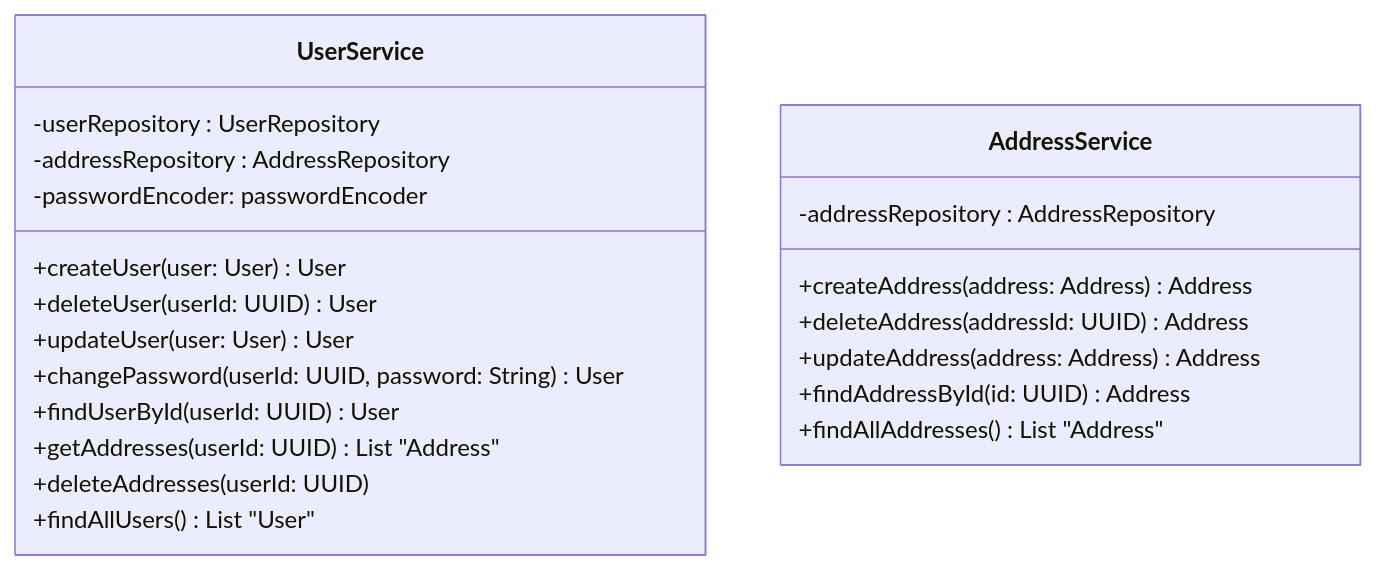
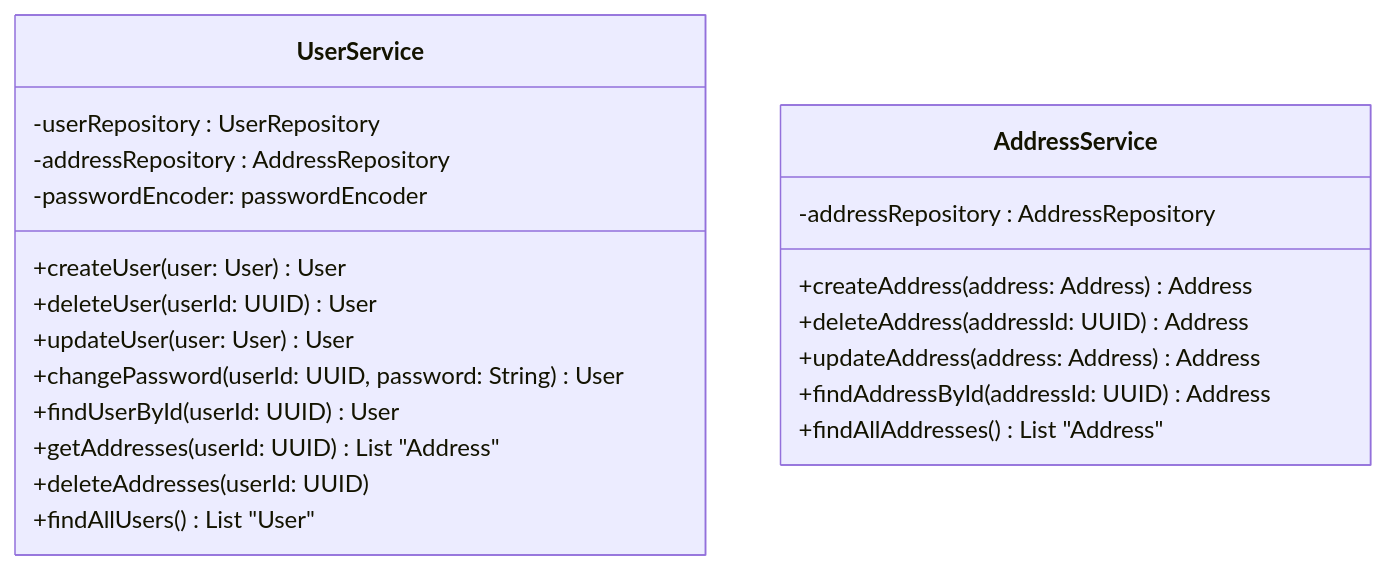
Before and after one commit to fruzsina-banyai/webshop: the fifth of 6 diagrams in documentation/user_management_service/user_management_service.md, drawn with Mermaid.

Commit message:
Fix typo in user_management_service.md

````diff
--- a/documentation/user_management_service/user_management_service.md
+++ b/documentation/user_management_service/user_management_service.md
@@ -59,24 +59,24 @@
 ```mermaid
 classDiagram
     class UserService {      
         -userRepository : UserRepository
         -addressRepository : AddressRepository
         -passwordEncoder: passwordEncoder
         +createUser(user: User) User
         +deleteUser(userId: UUID) User
         +updateUser(user: User) User
         +changePassword(userId: UUID, password: String) User
         +findUserById(userId: UUID) User
         +getAddresses(userId: UUID) List "Address"
         +deleteAddresses(userId: UUID)
         +findAllUsers() List "User"
     }
     class AddressService { 
         -addressRepository : AddressRepository
         +createAddress(address: Address) Address
         +deleteAddress(addressId: UUID) Address
         +updateAddress(address: Address) Address
-        +findAddressById(id: UUID) Address
+        +findAddressById(addressId: UUID) Address
         +findAllAddresses() List "Address"
     }
 ```
````
